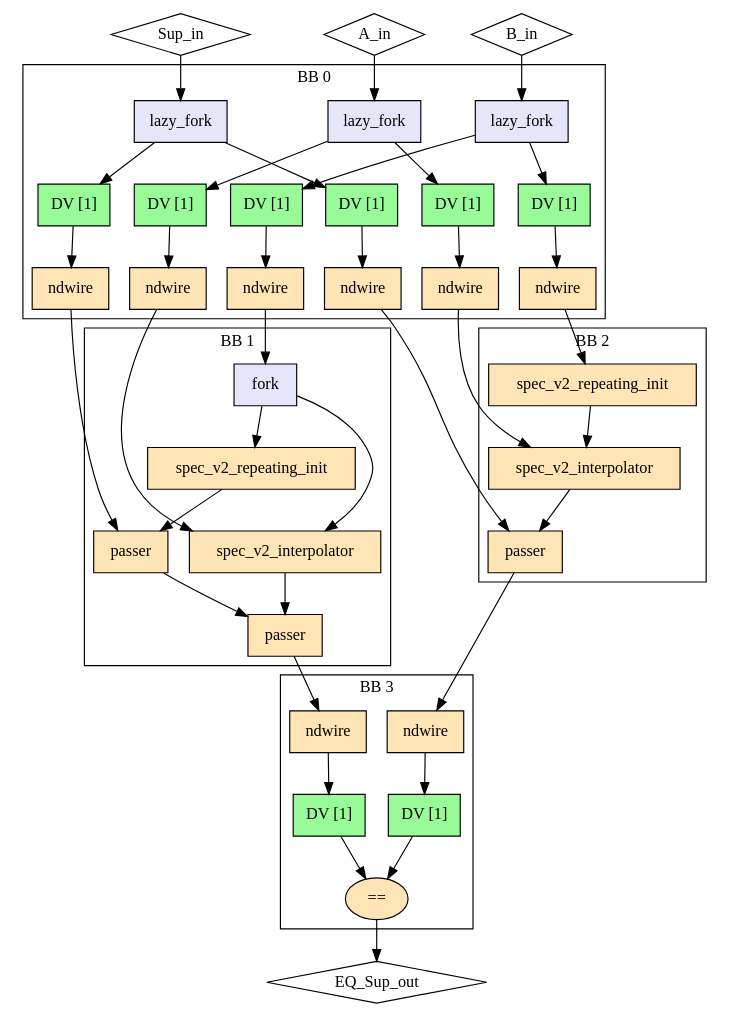
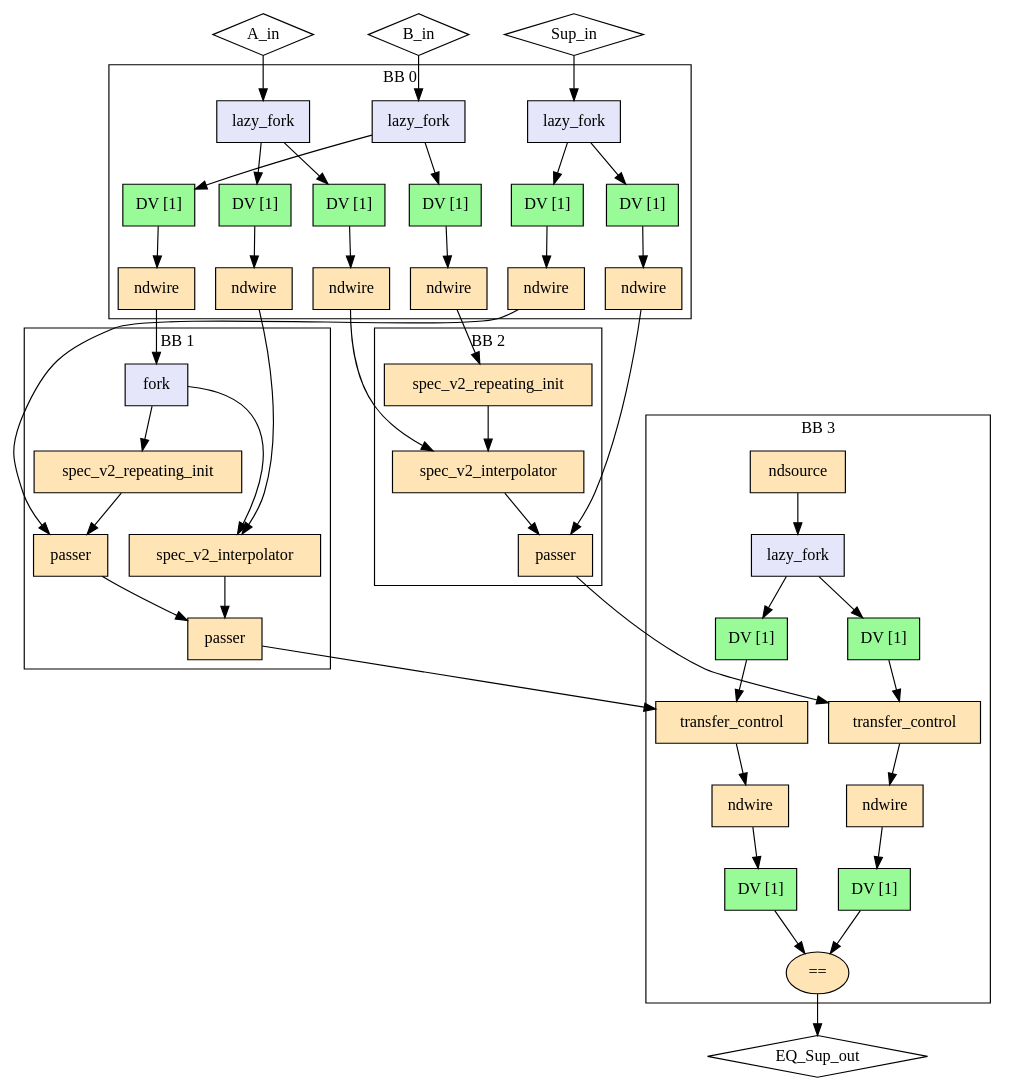
One commit to EPFL-LAP/dynamatic changed the diagram in experimental/tools/elastic-miter/out/interpolator_ind/miter/model.dot. Above: the diagram before and after it, drawn with Graphviz. The commit also changed 109 other files, not shown here.

```diff
--- a/experimental/tools/elastic-miter/out/interpolator_ind/miter/model.dot
+++ b/experimental/tools/elastic-miter/out/interpolator_ind/miter/model.dot
@@ -1,83 +1,96 @@
 Digraph G {
   splines=spline
   compound=true
   "A_in" ["style"="solid", "shape"="diamond", "label"="A_in", "mlir_op"="handshake.func"]
   "B_in" ["style"="solid", "shape"="diamond", "label"="B_in", "mlir_op"="handshake.func"]
   "Sup_in" ["style"="solid", "shape"="diamond", "label"="Sup_in", "mlir_op"="handshake.func"]
   "EQ_Sup_out" ["style"="solid", "shape"="diamond", "label"="EQ_Sup_out", "mlir_op"="handshake.func"]
   "A_in" -> "in_fork_A_in" ["dir"="both", "style"="solid", "arrowhead"="normal", "from_idx"="0", "to"="ins", "arrowtail"="none", "from"="A_in", "to_idx"="0"]
   "B_in" -> "in_fork_B_in" ["dir"="both", "style"="solid", "arrowhead"="normal", "from_idx"="1", "to"="ins", "arrowtail"="none", "from"="B_in", "to_idx"="0"]
   "Sup_in" -> "in_fork_Sup_in" ["dir"="both", "style"="solid", "arrowhead"="normal", "from_idx"="2", "to"="ins", "arrowtail"="none", "from"="Sup_in", "to_idx"="0"]
   "lhs_in_ndw_A_in" -> "lhs_interpolate" ["dir"="both", "style"="solid", "arrowhead"="normal", "from_idx"="0", "to"="short", "arrowtail"="none", "from"="outs", "to_idx"="0"]
   "rhs_in_ndw_A_in" -> "rhs_interpolate" ["dir"="both", "style"="solid", "arrowhead"="normal", "from_idx"="0", "to"="short", "arrowtail"="none", "from"="outs", "to_idx"="0"]
   "lhs_in_ndw_B_in" -> "lhs_fork" ["dir"="both", "style"="solid", "arrowhead"="normal", "from_idx"="0", "to"="ins", "arrowtail"="none", "from"="outs", "to_idx"="0"]
   "rhs_in_ndw_B_in" -> "rhs_ri" ["dir"="both", "style"="solid", "arrowhead"="normal", "from_idx"="0", "to"="ins", "arrowtail"="none", "from"="outs", "to_idx"="0"]
   "lhs_in_ndw_Sup_in" -> "lhs_passer1" ["dir"="both", "style"="solid", "arrowhead"="normal", "from_idx"="0", "to"="data", "arrowtail"="none", "from"="outs", "to_idx"="0"]
   "rhs_in_ndw_Sup_in" -> "rhs_passer" ["dir"="both", "style"="solid", "arrowhead"="normal", "from_idx"="0", "to"="data", "arrowtail"="none", "from"="outs", "to_idx"="0"]
-  "lhs_passer2" -> "lhs_out_ndw_Sup_out" ["dir"="both", "style"="solid", "arrowhead"="normal", "from_idx"="0", "to"="ins", "arrowtail"="none", "from"="result", "to_idx"="0"]
-  "rhs_passer" -> "rhs_out_ndw_Sup_out" ["dir"="both", "style"="solid", "arrowhead"="normal", "from_idx"="0", "to"="ins", "arrowtail"="none", "from"="result", "to_idx"="0"]
+  "lhs_passer2" -> "out_lhs_tc_Sup_out" ["dir"="both", "style"="solid", "arrowhead"="normal", "from_idx"="0", "to"="ins", "arrowtail"="none", "from"="result", "to_idx"="0"]
+  "rhs_passer" -> "out_rhs_tc_Sup_out" ["dir"="both", "style"="solid", "arrowhead"="normal", "from_idx"="0", "to"="ins", "arrowtail"="none", "from"="result", "to_idx"="0"]
   "out_eq_Sup_out" -> "EQ_Sup_out" ["dir"="both", "style"="solid", "arrowhead"="normal", "from_idx"="0", "to"="EQ_Sup_out", "arrowtail"="none", "from"="result", "to_idx"="0"]
   subgraph cluster0 {
     graph ["label"="BB 0"]
     "in_fork_A_in" ["style"="filled", "fillcolor"="lavender", "shape"="box", "label"="lazy_fork", "mlir_op"="handshake.lazy_fork"]
     "lhs_in_buf_A_in" ["style"="filled", "fillcolor"="palegreen", "shape"="box", "label"="DV [1]", "mlir_op"="handshake.buffer"]
     "rhs_in_buf_A_in" ["style"="filled", "fillcolor"="palegreen", "shape"="box", "label"="DV [1]", "mlir_op"="handshake.buffer"]
     "lhs_in_ndw_A_in" ["style"="filled", "fillcolor"="moccasin", "shape"="box", "label"="ndwire", "mlir_op"="handshake.ndwire"]
     "rhs_in_ndw_A_in" ["style"="filled", "fillcolor"="moccasin", "shape"="box", "label"="ndwire", "mlir_op"="handshake.ndwire"]
     "in_fork_B_in" ["style"="filled", "fillcolor"="lavender", "shape"="box", "label"="lazy_fork", "mlir_op"="handshake.lazy_fork"]
     "lhs_in_buf_B_in" ["style"="filled", "fillcolor"="palegreen", "shape"="box", "label"="DV [1]", "mlir_op"="handshake.buffer"]
     "rhs_in_buf_B_in" ["style"="filled", "fillcolor"="palegreen", "shape"="box", "label"="DV [1]", "mlir_op"="handshake.buffer"]
     "lhs_in_ndw_B_in" ["style"="filled", "fillcolor"="moccasin", "shape"="box", "label"="ndwire", "mlir_op"="handshake.ndwire"]
     "rhs_in_ndw_B_in" ["style"="filled", "fillcolor"="moccasin", "shape"="box", "label"="ndwire", "mlir_op"="handshake.ndwire"]
     "in_fork_Sup_in" ["style"="filled", "fillcolor"="lavender", "shape"="box", "label"="lazy_fork", "mlir_op"="handshake.lazy_fork"]
     "lhs_in_buf_Sup_in" ["style"="filled", "fillcolor"="palegreen", "shape"="box", "label"="DV [1]", "mlir_op"="handshake.buffer"]
     "rhs_in_buf_Sup_in" ["style"="filled", "fillcolor"="palegreen", "shape"="box", "label"="DV [1]", "mlir_op"="handshake.buffer"]
     "lhs_in_ndw_Sup_in" ["style"="filled", "fillcolor"="moccasin", "shape"="box", "label"="ndwire", "mlir_op"="handshake.ndwire"]
     "rhs_in_ndw_Sup_in" ["style"="filled", "fillcolor"="moccasin", "shape"="box", "label"="ndwire", "mlir_op"="handshake.ndwire"]
     "in_fork_A_in" -> "lhs_in_buf_A_in" ["dir"="both", "style"="solid", "arrowhead"="normal", "from_idx"="0", "to"="ins", "arrowtail"="none", "from"="outs_0", "to_idx"="0"]
     "in_fork_A_in" -> "rhs_in_buf_A_in" ["dir"="both", "style"="solid", "arrowhead"="normal", "from_idx"="1", "to"="ins", "arrowtail"="none", "from"="outs_1", "to_idx"="0"]
     "lhs_in_buf_A_in" -> "lhs_in_ndw_A_in" ["dir"="both", "style"="solid", "arrowhead"="normal", "from_idx"="0", "to"="ins", "arrowtail"="none", "from"="outs", "to_idx"="0"]
     "rhs_in_buf_A_in" -> "rhs_in_ndw_A_in" ["dir"="both", "style"="solid", "arrowhead"="normal", "from_idx"="0", "to"="ins", "arrowtail"="none", "from"="outs", "to_idx"="0"]
     "in_fork_B_in" -> "lhs_in_buf_B_in" ["dir"="both", "style"="solid", "arrowhead"="normal", "from_idx"="0", "to"="ins", "arrowtail"="none", "from"="outs_0", "to_idx"="0"]
     "in_fork_B_in" -> "rhs_in_buf_B_in" ["dir"="both", "style"="solid", "arrowhead"="normal", "from_idx"="1", "to"="ins", "arrowtail"="none", "from"="outs_1", "to_idx"="0"]
     "lhs_in_buf_B_in" -> "lhs_in_ndw_B_in" ["dir"="both", "style"="solid", "arrowhead"="normal", "from_idx"="0", "to"="ins", "arrowtail"="none", "from"="outs", "to_idx"="0"]
     "rhs_in_buf_B_in" -> "rhs_in_ndw_B_in" ["dir"="both", "style"="solid", "arrowhead"="normal", "from_idx"="0", "to"="ins", "arrowtail"="none", "from"="outs", "to_idx"="0"]
     "in_fork_Sup_in" -> "lhs_in_buf_Sup_in" ["dir"="both", "style"="solid", "arrowhead"="normal", "from_idx"="0", "to"="ins", "arrowtail"="none", "from"="outs_0", "to_idx"="0"]
     "in_fork_Sup_in" -> "rhs_in_buf_Sup_in" ["dir"="both", "style"="solid", "arrowhead"="normal", "from_idx"="1", "to"="ins", "arrowtail"="none", "from"="outs_1", "to_idx"="0"]
     "lhs_in_buf_Sup_in" -> "lhs_in_ndw_Sup_in" ["dir"="both", "style"="solid", "arrowhead"="normal", "from_idx"="0", "to"="ins", "arrowtail"="none", "from"="outs", "to_idx"="0"]
     "rhs_in_buf_Sup_in" -> "rhs_in_ndw_Sup_in" ["dir"="both", "style"="solid", "arrowhead"="normal", "from_idx"="0", "to"="ins", "arrowtail"="none", "from"="outs", "to_idx"="0"]
   }
   subgraph cluster1 {
     graph ["label"="BB 1"]
     "lhs_fork" ["style"="filled", "fillcolor"="lavender", "shape"="box", "label"="fork", "mlir_op"="handshake.fork"]
     "lhs_interpolate" ["style"="filled", "fillcolor"="moccasin", "shape"="box", "label"="spec_v2_interpolator", "mlir_op"="handshake.spec_v2_interpolator"]
     "lhs_ri" ["style"="filled", "fillcolor"="moccasin", "shape"="box", "label"="spec_v2_repeating_init", "mlir_op"="handshake.spec_v2_repeating_init"]
     "lhs_passer1" ["style"="filled", "fillcolor"="moccasin", "shape"="box", "label"="passer", "mlir_op"="handshake.passer"]
     "lhs_passer2" ["style"="filled", "fillcolor"="moccasin", "shape"="box", "label"="passer", "mlir_op"="handshake.passer"]
     "lhs_fork" -> "lhs_interpolate" ["dir"="both", "style"="solid", "arrowhead"="normal", "from_idx"="0", "to"="long", "arrowtail"="none", "from"="outs_0", "to_idx"="1"]
     "lhs_fork" -> "lhs_ri" ["dir"="both", "style"="solid", "arrowhead"="normal", "from_idx"="1", "to"="ins", "arrowtail"="none", "from"="outs_1", "to_idx"="0"]
     "lhs_interpolate" -> "lhs_passer2" ["dir"="both", "style"="solid", "arrowhead"="normal", "from_idx"="0", "to"="ctrl", "arrowtail"="none", "from"="result", "to_idx"="1"]
     "lhs_ri" -> "lhs_passer1" ["dir"="both", "style"="solid", "arrowhead"="normal", "from_idx"="0", "to"="ctrl", "arrowtail"="none", "from"="outs", "to_idx"="1"]
     "lhs_passer1" -> "lhs_passer2" ["dir"="both", "style"="solid", "arrowhead"="normal", "from_idx"="0", "to"="data", "arrowtail"="none", "from"="result", "to_idx"="0"]
   }
   subgraph cluster2 {
     graph ["label"="BB 2"]
     "rhs_ri" ["style"="filled", "fillcolor"="moccasin", "shape"="box", "label"="spec_v2_repeating_init", "mlir_op"="handshake.spec_v2_repeating_init"]
     "rhs_interpolate" ["style"="filled", "fillcolor"="moccasin", "shape"="box", "label"="spec_v2_interpolator", "mlir_op"="handshake.spec_v2_interpolator"]
     "rhs_passer" ["style"="filled", "fillcolor"="moccasin", "shape"="box", "label"="passer", "mlir_op"="handshake.passer"]
     "rhs_ri" -> "rhs_interpolate" ["dir"="both", "style"="solid", "arrowhead"="normal", "from_idx"="0", "to"="long", "arrowtail"="none", "from"="outs", "to_idx"="1"]
     "rhs_interpolate" -> "rhs_passer" ["dir"="both", "style"="solid", "arrowhead"="normal", "from_idx"="0", "to"="ctrl", "arrowtail"="none", "from"="result", "to_idx"="1"]
   }
   subgraph cluster3 {
     graph ["label"="BB 3"]
+    "out_nds_Sup_out" ["style"="filled", "fillcolor"="moccasin", "shape"="box", "label"="ndsource", "mlir_op"="handshake.ndsource"]
+    "out_lf_Sup_out" ["style"="filled", "fillcolor"="lavender", "shape"="box", "label"="lazy_fork", "mlir_op"="handshake.lazy_fork"]
+    "out_buf_lhs_nds_Sup_out" ["style"="filled", "fillcolor"="palegreen", "shape"="box", "label"="DV [1]", "mlir_op"="handshake.buffer"]
+    "out_buf_rhs_nds_Sup_out" ["style"="filled", "fillcolor"="palegreen", "shape"="box", "label"="DV [1]", "mlir_op"="handshake.buffer"]
+    "out_lhs_tc_Sup_out" ["style"="filled", "fillcolor"="moccasin", "shape"="box", "label"="transfer_control", "mlir_op"="handshake.transfer_control"]
+    "out_rhs_tc_Sup_out" ["style"="filled", "fillcolor"="moccasin", "shape"="box", "label"="transfer_control", "mlir_op"="handshake.transfer_control"]
     "lhs_out_ndw_Sup_out" ["style"="filled", "fillcolor"="moccasin", "shape"="box", "label"="ndwire", "mlir_op"="handshake.ndwire"]
     "rhs_out_ndw_Sup_out" ["style"="filled", "fillcolor"="moccasin", "shape"="box", "label"="ndwire", "mlir_op"="handshake.ndwire"]
     "lhs_out_buf_Sup_out" ["style"="filled", "fillcolor"="palegreen", "shape"="box", "label"="DV [1]", "mlir_op"="handshake.buffer"]
     "rhs_out_buf_Sup_out" ["style"="filled", "fillcolor"="palegreen", "shape"="box", "label"="DV [1]", "mlir_op"="handshake.buffer"]
     "out_eq_Sup_out" ["style"="filled", "fillcolor"="moccasin", "shape"="oval", "label"="==", "mlir_op"="handshake.cmpi=="]
+    "out_nds_Sup_out" -> "out_lf_Sup_out" ["dir"="both", "style"="solid", "arrowhead"="normal", "from_idx"="0", "to"="ins", "arrowtail"="none", "from"="result", "to_idx"="0"]
+    "out_lf_Sup_out" -> "out_buf_lhs_nds_Sup_out" ["dir"="both", "style"="solid", "arrowhead"="normal", "from_idx"="0", "to"="ins", "arrowtail"="none", "from"="outs_0", "to_idx"="0"]
+    "out_lf_Sup_out" -> "out_buf_rhs_nds_Sup_out" ["dir"="both", "style"="solid", "arrowhead"="normal", "from_idx"="1", "to"="ins", "arrowtail"="none", "from"="outs_1", "to_idx"="0"]
+    "out_buf_lhs_nds_Sup_out" -> "out_lhs_tc_Sup_out" ["dir"="both", "style"="solid", "arrowhead"="normal", "from_idx"="0", "to"="ctrl", "arrowtail"="none", "from"="outs", "to_idx"="1"]
+    "out_buf_rhs_nds_Sup_out" -> "out_rhs_tc_Sup_out" ["dir"="both", "style"="solid", "arrowhead"="normal", "from_idx"="0", "to"="ctrl", "arrowtail"="none", "from"="outs", "to_idx"="1"]
+    "out_lhs_tc_Sup_out" -> "lhs_out_ndw_Sup_out" ["dir"="both", "style"="solid", "arrowhead"="normal", "from_idx"="0", "to"="ins", "arrowtail"="none", "from"="outs", "to_idx"="0"]
+    "out_rhs_tc_Sup_out" -> "rhs_out_ndw_Sup_out" ["dir"="both", "style"="solid", "arrowhead"="normal", "from_idx"="0", "to"="ins", "arrowtail"="none", "from"="outs", "to_idx"="0"]
     "lhs_out_ndw_Sup_out" -> "lhs_out_buf_Sup_out" ["dir"="both", "style"="solid", "arrowhead"="normal", "from_idx"="0", "to"="ins", "arrowtail"="none", "from"="outs", "to_idx"="0"]
     "rhs_out_ndw_Sup_out" -> "rhs_out_buf_Sup_out" ["dir"="both", "style"="solid", "arrowhead"="normal", "from_idx"="0", "to"="ins", "arrowtail"="none", "from"="outs", "to_idx"="0"]
     "lhs_out_buf_Sup_out" -> "out_eq_Sup_out" ["dir"="both", "style"="solid", "arrowhead"="normal", "from_idx"="0", "to"="lhs", "arrowtail"="none", "from"="outs", "to_idx"="0"]
     "rhs_out_buf_Sup_out" -> "out_eq_Sup_out" ["dir"="both", "style"="solid", "arrowhead"="normal", "from_idx"="0", "to"="rhs", "arrowtail"="none", "from"="outs", "to_idx"="1"]
   }
 }
```
